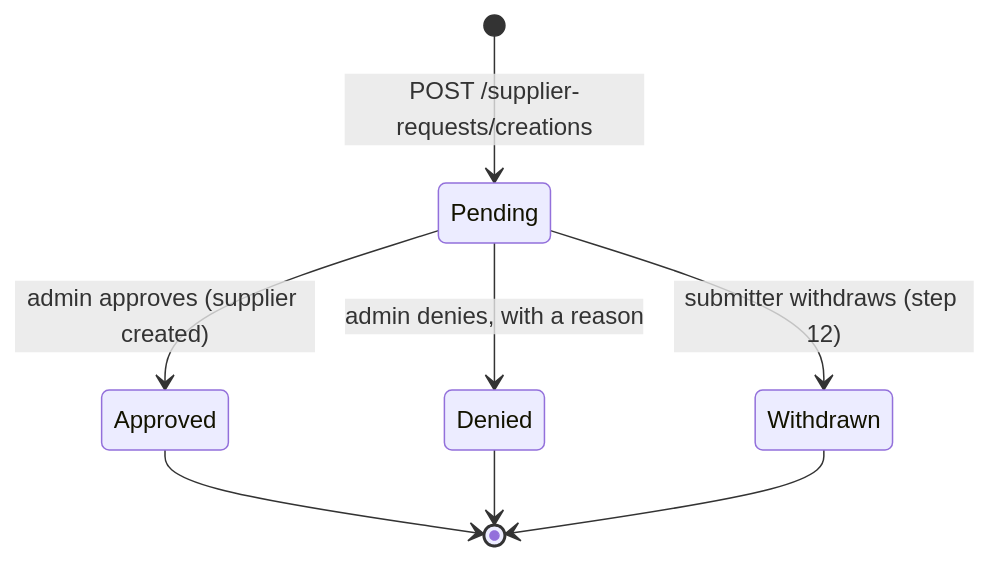
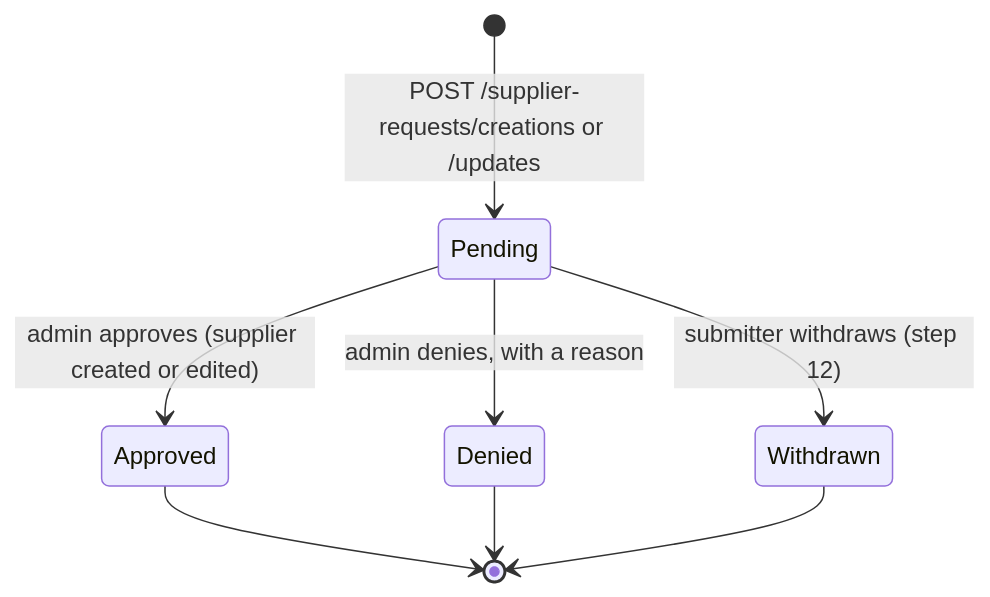
One commit to AY2627S1-CS3219-P27/FoC changed the fourth of 4 diagrams in supplier-service/README.md. Above: the diagram before and after it, drawn with Mermaid. The commit also changed other lines of this file and 2 other files, not shown here.

First line of the commit message:
Document and demo edit requests

````diff
--- a/supplier-service/README.md
+++ b/supplier-service/README.md
@@ -480,10 +481,10 @@
 ```mermaid
 stateDiagram-v2
-    [*] --> Pending: POST /supplier-requests/creations
-    Pending --> Approved: admin approves (supplier created)
+    [*] --> Pending: POST /supplier-requests/creations or /updates
+    Pending --> Approved: admin approves (supplier created or edited)
     Pending --> Denied: admin denies, with a reason
     Pending --> Withdrawn: submitter withdraws (step 12)
     Approved --> [*]
     Denied --> [*]
     Withdrawn --> [*]
 ```
````
